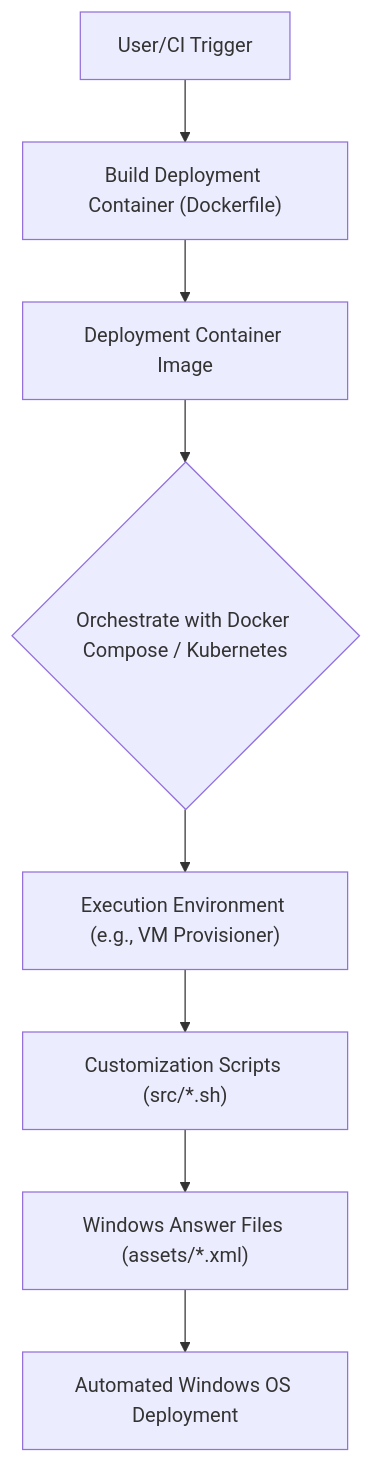
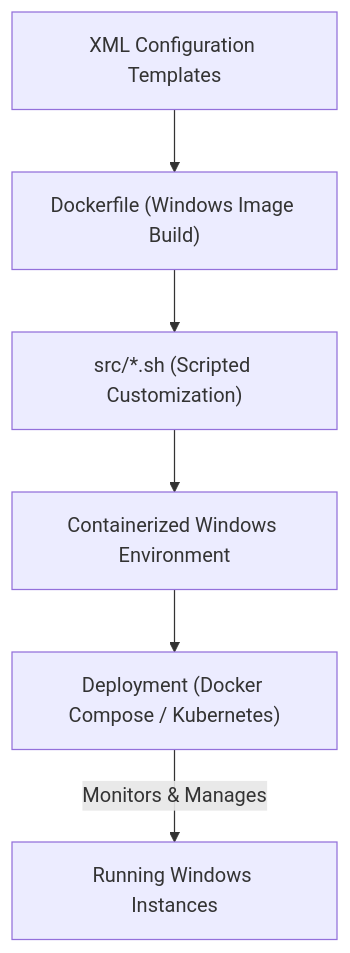
The diagram in README.md (grewal16/windows), drawn with Mermaid before and after one commit. The commit also changed other lines of this file, not shown here.

````diff
--- a/README.md
+++ b/README.md
@@ -44,10 +44,8 @@
 ```mermaid
 graph TD
-    A["User/CI Trigger"] --> B["Build Deployment Container (Dockerfile)"];
-    B --> C["Deployment Container Image"];
-    C --> D{"Orchestrate with Docker Compose / Kubernetes"};
-    D --> E["Execution Environment (e.g., VM Provisioner)"];
-    E --> F["Customization Scripts (src/*.sh)"];
-    F --> G["Windows Answer Files (assets/*.xml)"];
-    G --> H["Automated Windows OS Deployment"];
+    A["XML Configuration Templates"] --> B["Dockerfile (Windows Image Build)"];
+    B --> C["src/*.sh (Scripted Customization)"];
+    C --> D["Containerized Windows Environment"];
+    D --> E["Deployment (Docker Compose / Kubernetes)"];
+    E -- Monitors & Manages --> F["Running Windows Instances"];
 ```
````
